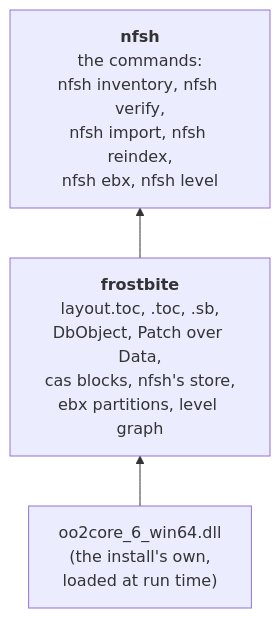
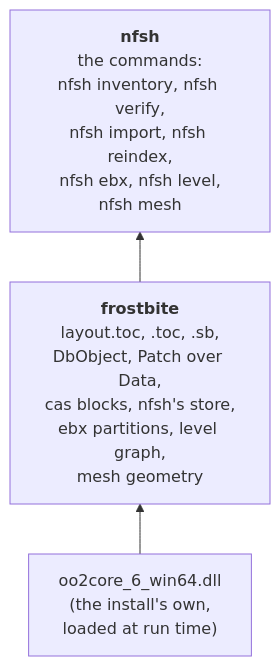
Before and after one commit to cmprssd/nfsh: the second of 4 diagrams in docs/OVERVIEW.md, drawn with Mermaid. The commit also changed other lines of this file and 9 other files, not shown here.

First line of the commit message:
feat: mesh geometry and nfsh mesh; release 0.7.0 (#11)

````diff
--- a/docs/OVERVIEW.md
+++ b/docs/OVERVIEW.md
@@ -60,8 +60,8 @@
 ```mermaid
 flowchart BT
-    fb["<b>frostbite</b><br/>layout.toc, .toc, .sb,<br/>DbObject, Patch over Data,<br/>cas blocks, nfsh's store,<br/>ebx partitions, level graph"]
+    fb["<b>frostbite</b><br/>layout.toc, .toc, .sb,<br/>DbObject, Patch over Data,<br/>cas blocks, nfsh's store,<br/>ebx partitions, level graph,<br/>mesh geometry"]
     oo["oo2core_6_win64.dll<br/>(the install's own,<br/>loaded at run time)"]
-    app["<b>nfsh</b><br/>the commands:<br/>nfsh inventory, nfsh verify,<br/>nfsh import, nfsh reindex,<br/>nfsh ebx, nfsh level"]
+    app["<b>nfsh</b><br/>the commands:<br/>nfsh inventory, nfsh verify,<br/>nfsh import, nfsh reindex,<br/>nfsh ebx, nfsh level,<br/>nfsh mesh"]
     oo --> fb
     fb --> app
 ```
````
